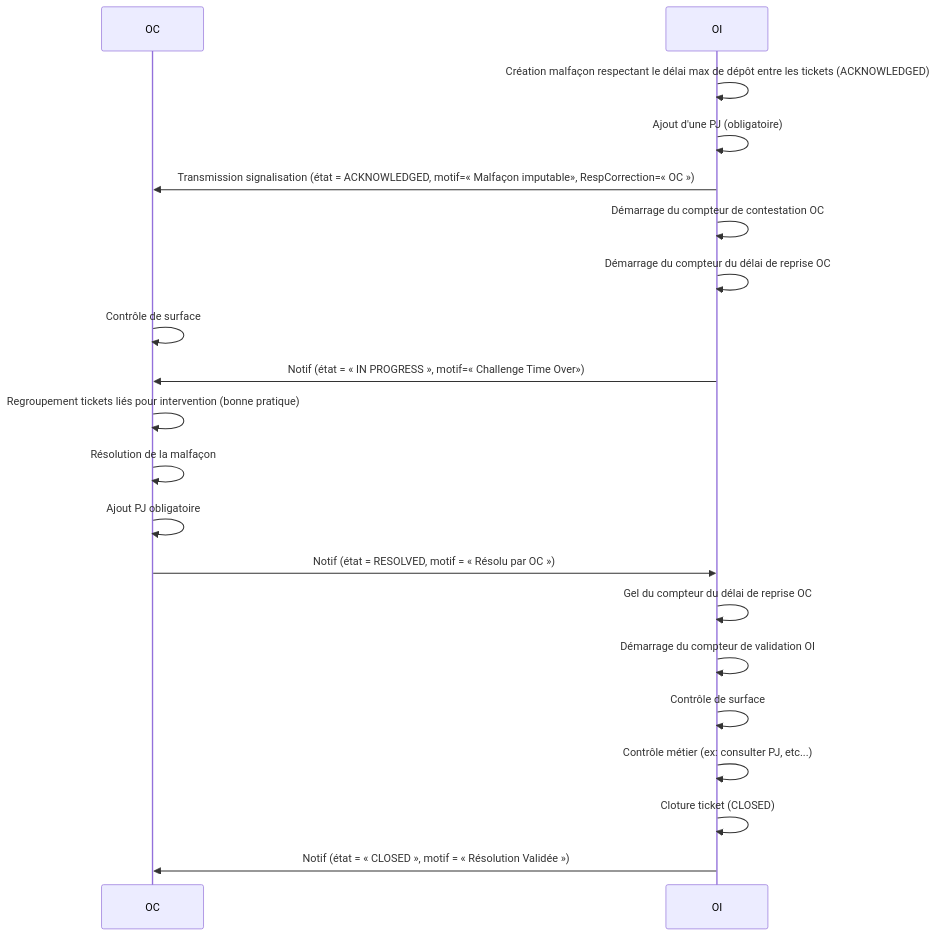
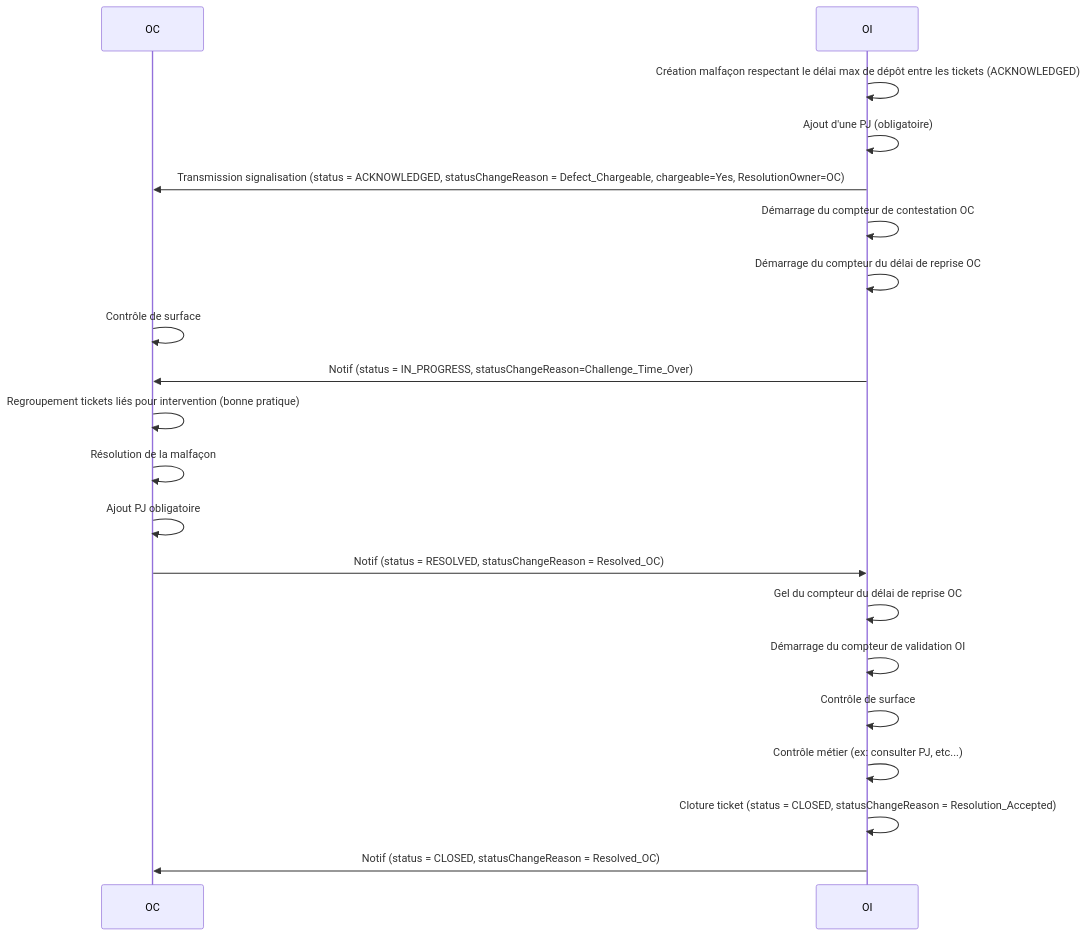
Diagram 13 of 14 in README.md (before-interop/malfacon), drawn with Mermaid before and after one commit. The commit also changed other lines of this file and 1 other file, not shown here.

````diff
--- a/README.md
+++ b/README.md
@@ -590,24 +585,24 @@
 ```mermaid
 sequenceDiagram
 
   participant OC
   participant OI
 
   OI->>OI: Création malfaçon respectant le délai max de dépôt entre les tickets (ACKNOWLEDGED)
   OI->>OI: Ajout d'une PJ (obligatoire)
-  OI->>OC: Transmission signalisation (état = ACKNOWLEDGED, motif=« Malfaçon imputable», RespCorrection=« OC »)
+  OI->>OC: Transmission signalisation (status = ACKNOWLEDGED, statusChangeReason = Defect_Chargeable, chargeable=Yes, ResolutionOwner=OC)
   OI->>OI: Démarrage du compteur de contestation OC
   OI->>OI: Démarrage du compteur du délai de reprise OC
   OC->>OC: Contrôle de surface
-  OI->>OC: Notif (état = « IN PROGRESS », motif=« Challenge Time Over»)
+  OI->>OC: Notif (status = IN_PROGRESS, statusChangeReason=Challenge_Time_Over)
   OC->>OC: Regroupement tickets liés pour intervention (bonne pratique)
   OC->>OC: Résolution de la malfaçon
   OC->>OC: Ajout PJ obligatoire
-  OC->>OI: Notif (état = RESOLVED, motif = « Résolu par OC »)
+  OC->>OI: Notif (status = RESOLVED, statusChangeReason = Resolved_OC)
   OI->>OI: Gel du compteur du délai de reprise OC
   OI->>OI: Démarrage du compteur de validation OI
   OI->>OI: Contrôle de surface
   OI->>OI: Contrôle métier (ex: consulter PJ, etc...)
-  OI->>OI: Cloture ticket (CLOSED)
-  OI->>OC: Notif (état = « CLOSED », motif = « Résolution Validée »)
+  OI->>OI: Cloture ticket (status = CLOSED, statusChangeReason = Resolution_Accepted)
+  OI->>OC: Notif (status = CLOSED, statusChangeReason = Resolved_OC)
 ```
````
